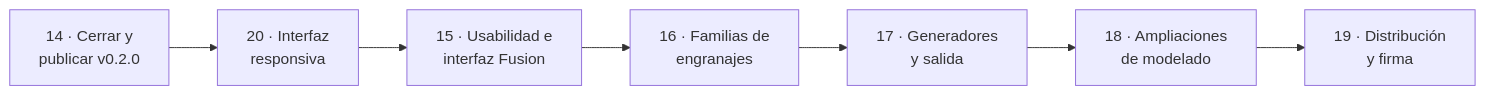
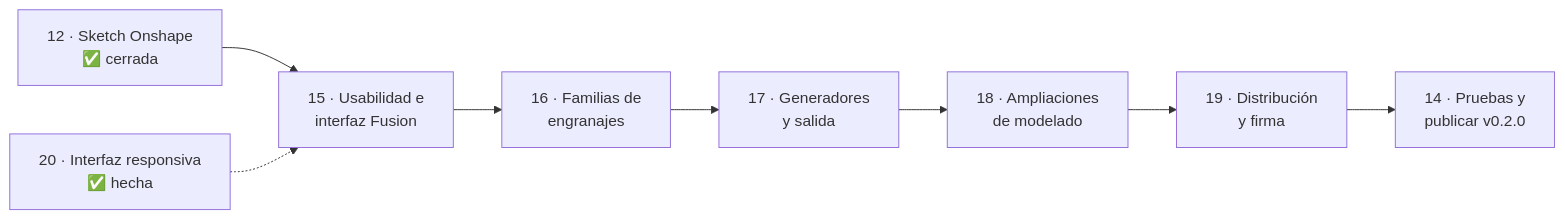
One commit to GeoNufio1404/NufioCAD changed the first of 2 diagrams in docs/hoja-de-ruta.md. Above: the diagram before and after it, drawn with Mermaid. The commit also changed other lines of this file, not shown here.

Commit message:
Hoja de ruta: Fase 12 cerrada y orden por número con la Fase 14 (pruebas y v0.2.0) al final

````diff
--- a/docs/hoja-de-ruta.md
+++ b/docs/hoja-de-ruta.md
@@ -68,9 +69,10 @@
 ```mermaid
 flowchart LR
-    F14["14 · Cerrar y<br/>publicar v0.2.0"] --> F20["20 · Interfaz<br/>responsiva"]
-    F20 --> F15["15 · Usabilidad e<br/>interfaz Fusion"]
+    F12["12 · Sketch Onshape<br/>✅ cerrada"] --> F15["15 · Usabilidad e<br/>interfaz Fusion"]
     F15 --> F16["16 · Familias de<br/>engranajes"]
     F16 --> F17["17 · Generadores<br/>y salida"]
     F17 --> F18["18 · Ampliaciones<br/>de modelado"]
     F18 --> F19["19 · Distribución<br/>y firma"]
+    F19 --> F14["14 · Pruebas y<br/>publicar v0.2.0"]
+    F20["20 · Interfaz responsiva<br/>✅ hecha"] -.-> F15
 ```
````
